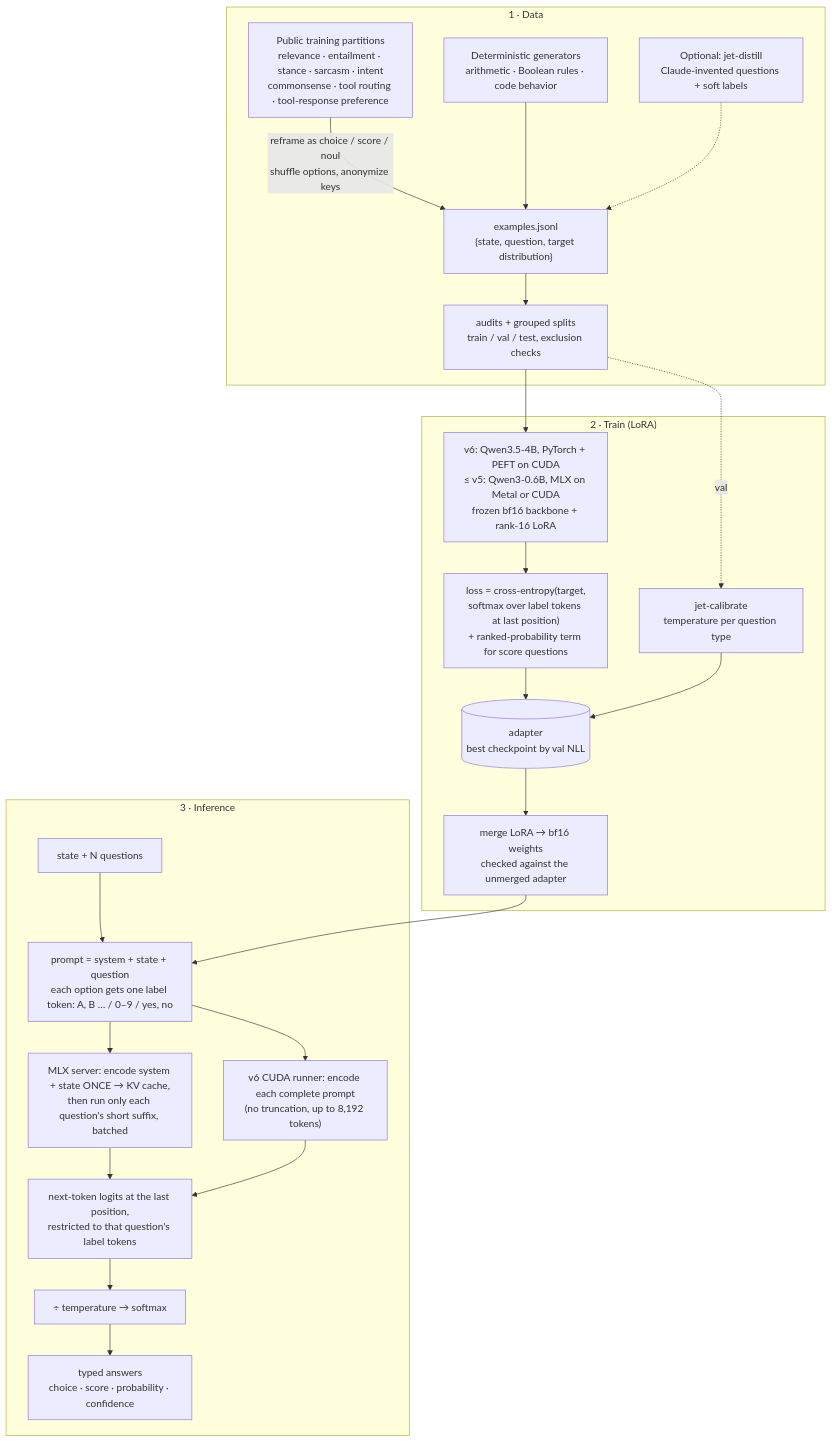
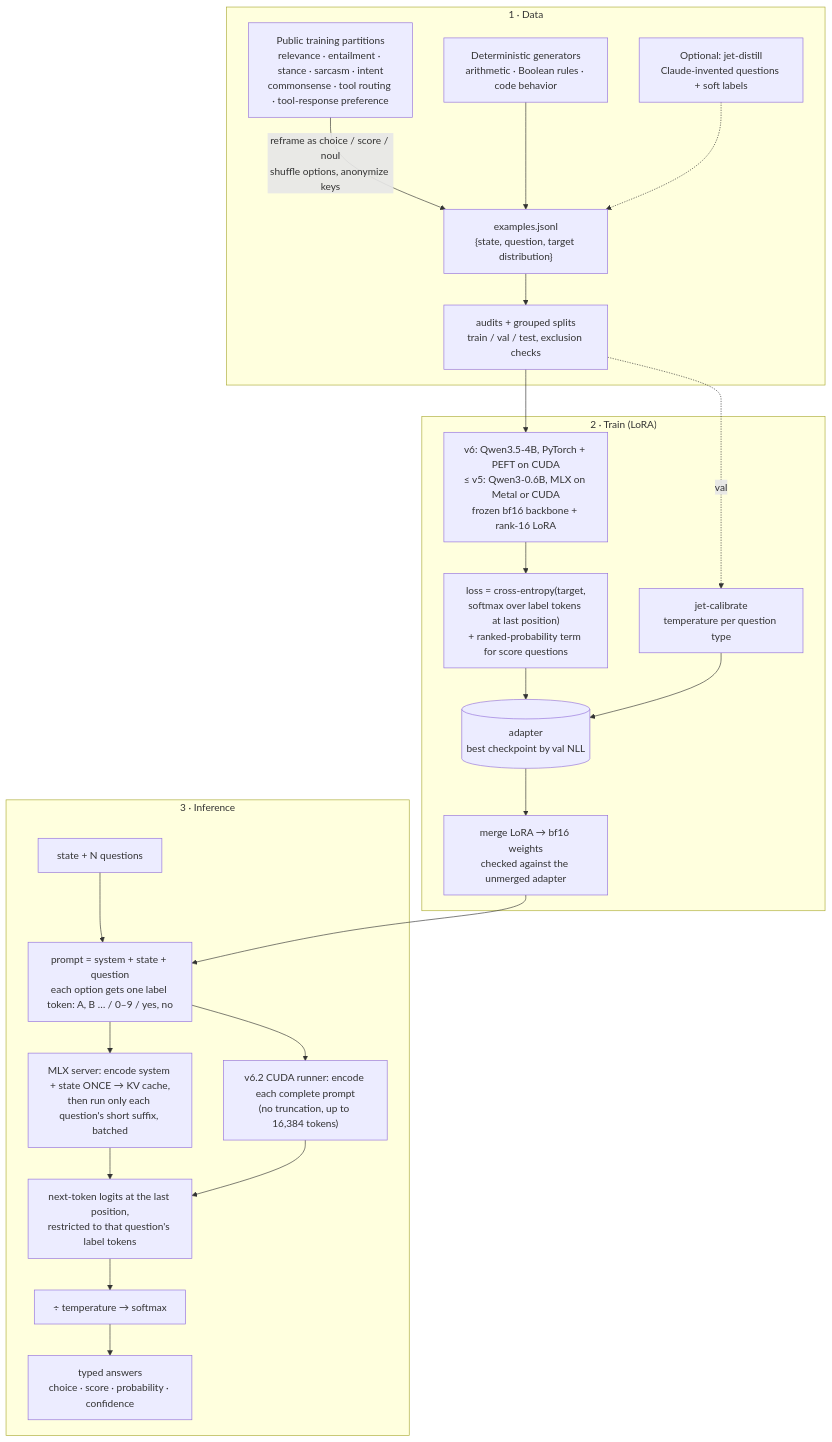
Before and after one commit to jach-labs/jet: the diagram in README.md, drawn with Mermaid. The commit also changed other lines of this file and 42 other files, not shown here.

````diff
--- a/README.md
+++ b/README.md
@@ -59,34 +59,34 @@
 ```mermaid
 flowchart TB
     subgraph data["1 · Data"]
         pub["Public training partitions<br/>relevance · entailment · stance · sarcasm · intent<br/>commonsense · tool routing · tool-response preference"]
         gen["Deterministic generators<br/>arithmetic · Boolean rules · code behavior"]
         dist["Optional: jet-distill<br/>Claude-invented questions + soft labels"]
         pub -- "reframe as choice / score / noul<br/>shuffle options, anonymize keys" --> ex
         gen --> ex
         dist -.-> ex
         ex["examples.jsonl<br/>{state, question, target distribution}"] --> split["audits + grouped splits<br/>train / val / test, exclusion checks"]
     end
 
     subgraph train["2 · Train (LoRA)"]
         base["v6: Qwen3.5-4B, PyTorch + PEFT on CUDA<br/>≤ v5: Qwen3-0.6B, MLX on Metal or CUDA<br/>frozen bf16 backbone + rank-16 LoRA"]
         loss["loss = cross-entropy(target,<br/>softmax over label tokens at last position)<br/>+ ranked-probability term for score questions"]
         base --> loss --> adapter[("adapter<br/>best checkpoint by val NLL")]
         cal["jet-calibrate<br/>temperature per question type"] --> adapter
         adapter --> fuse["merge LoRA → bf16 weights<br/>checked against the unmerged adapter"]
     end
 
     subgraph infer["3 · Inference"]
         req["state + N questions"] --> prompt["prompt = system + state + question<br/>each option gets one label token: A, B … / 0–9 / yes, no"]
         prompt --> prefix["MLX server: encode system + state ONCE → KV cache,<br/>then run only each question's short suffix, batched"]
-        prompt --> full["v6 CUDA runner: encode each complete prompt<br/>(no truncation, up to 8,192 tokens)"]
+        prompt --> full["v6.2 CUDA runner: encode each complete prompt<br/>(no truncation, up to 16,384 tokens)"]
         prefix --> logits
         full --> logits["next-token logits at the last position,<br/>restricted to that question's label tokens"]
         logits --> soft["÷ temperature → softmax"]
         soft --> ans["typed answers<br/>choice · score · probability · confidence"]
     end
 
     split --> base
     split -. val .-> cal
     fuse --> prompt
 ```
````
